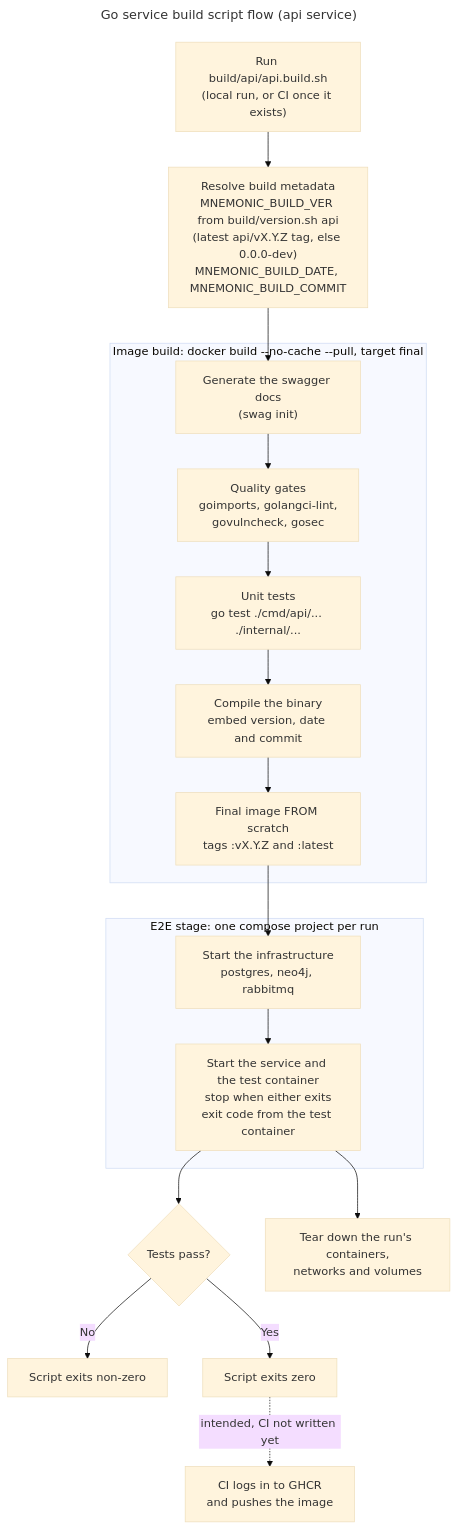
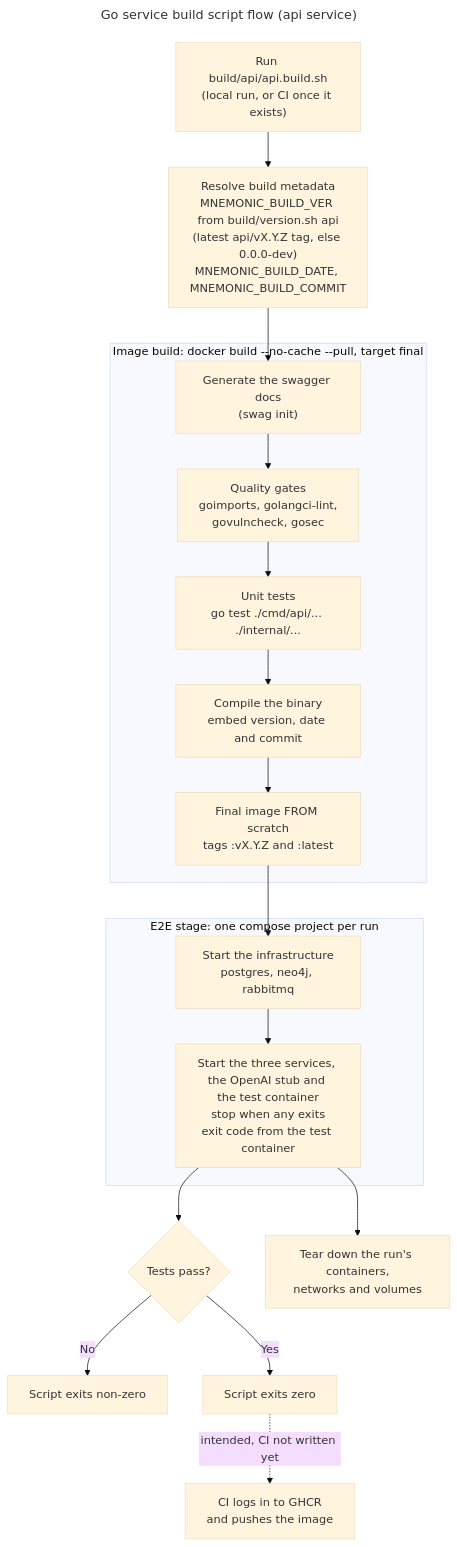
The diagram in docs/design/diagrams/example-go-ci-cd-diagram.md (twistingmercury/mnemonic), drawn with Mermaid (base theme) before and after one commit. The commit also changed other lines of this file and 9 other files, not shown here.

````diff
--- a/docs/design/diagrams/example-go-ci-cd-diagram.md
+++ b/docs/design/diagrams/example-go-ci-cd-diagram.md
@@ -15,27 +15,27 @@
 ```mermaid
 ---
 title: Go service build script flow (api service)
 ---
 flowchart TD
     A["Run build/api/api.build.sh<br/>(local run, or CI once it exists)"] --> B["Resolve build metadata<br/>MNEMONIC_BUILD_VER from build/version.sh api<br/>(latest api/vX.Y.Z tag, else 0.0.0-dev)<br/>MNEMONIC_BUILD_DATE, MNEMONIC_BUILD_COMMIT"]
 
     subgraph C0["Image build: docker build --no-cache --pull, target final"]
         C["Generate the swagger docs<br/>(swag init)"] --> C1["Quality gates<br/>goimports, golangci-lint,<br/>govulncheck, gosec"]
         C1 --> C2["Unit tests<br/>go test ./cmd/api/... ./internal/..."]
         C2 --> C3["Compile the binary<br/>embed version, date and commit"]
         C3 --> C4["Final image FROM scratch<br/>tags :vX.Y.Z and :latest"]
     end
 
     B --> C
 
     subgraph D0["E2E stage: one compose project per run"]
-        E["Start the infrastructure<br/>postgres, neo4j, rabbitmq"] --> G["Start the service and the test container<br/>stop when either exits<br/>exit code from the test container"]
+        E["Start the infrastructure<br/>postgres, neo4j, rabbitmq"] --> G["Start the three services, the OpenAI stub and the test container<br/>stop when any exits<br/>exit code from the test container"]
     end
 
     C4 --> E
     G --> H{"Tests pass?"}
     H -->|No| I["Script exits non-zero"]
     H -->|Yes| J["Script exits zero"]
     G --> K["Tear down the run's containers,<br/>networks and volumes"]
     J -.->|"intended, CI not written yet"| L["CI logs in to GHCR<br/>and pushes the image"]
 ```
````
